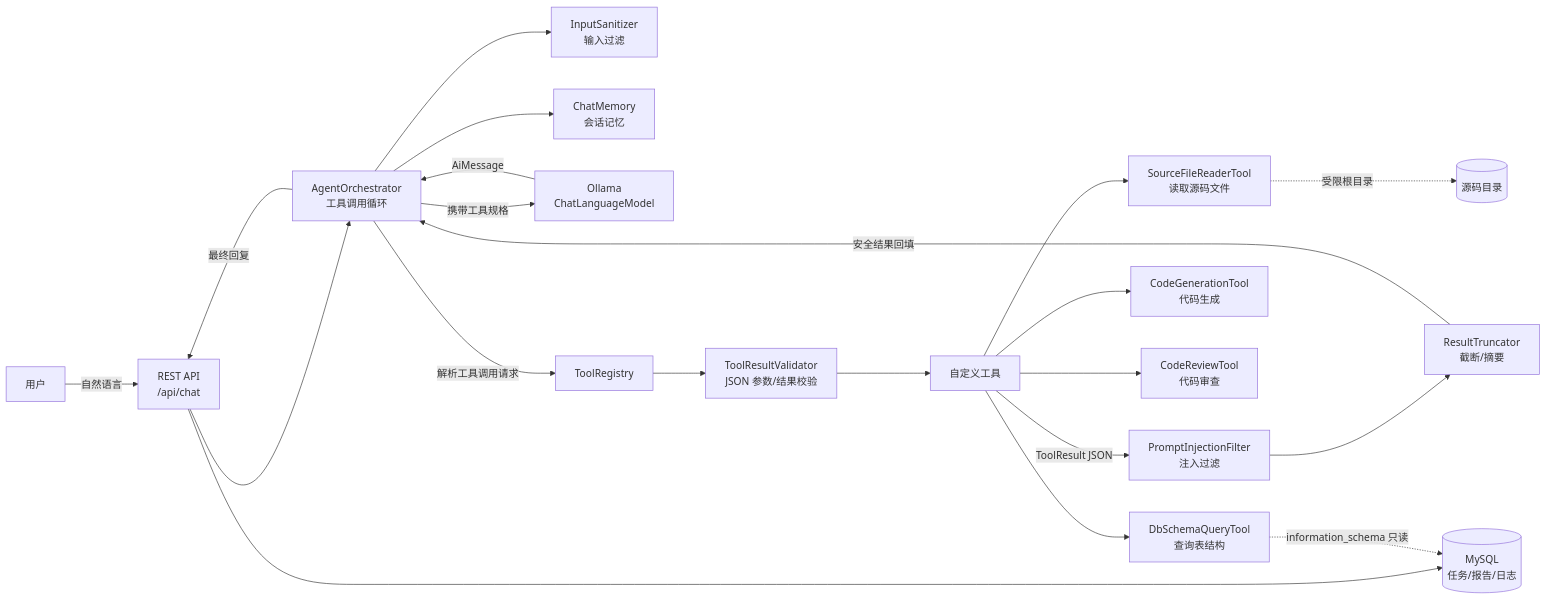
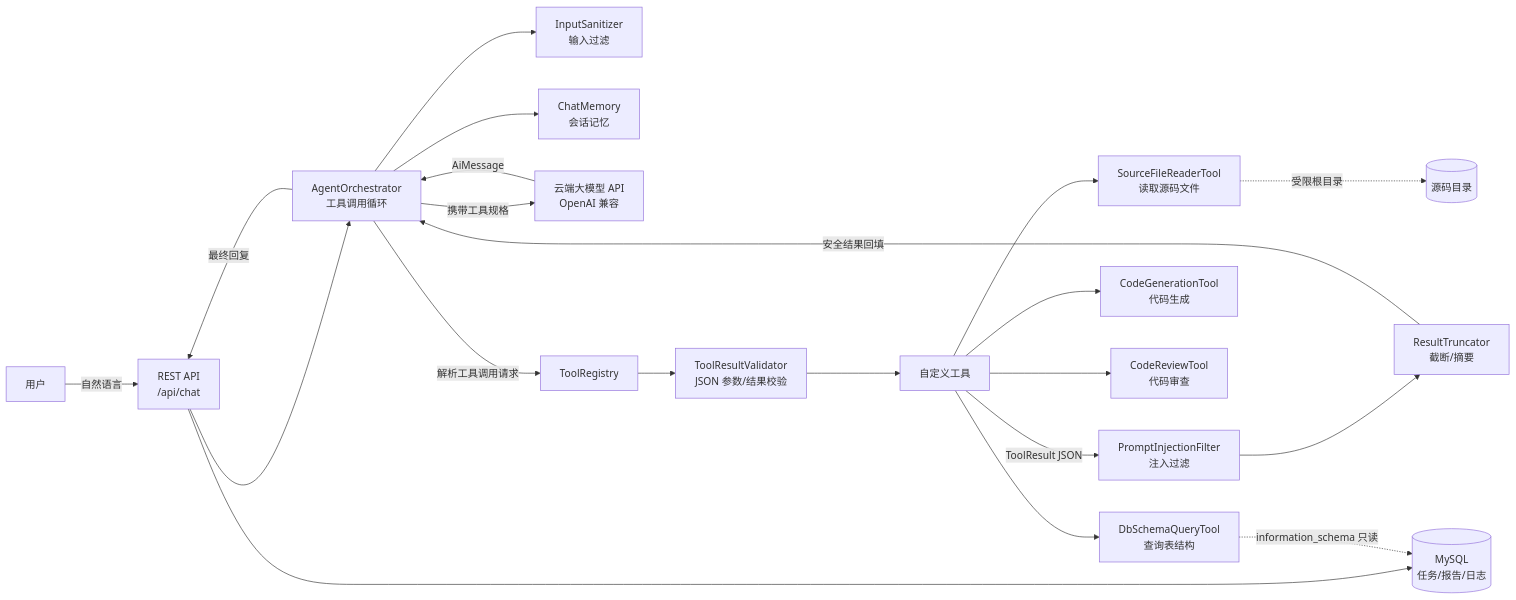
The diagram in README.md (Woyuda2023/RAG-ai), drawn with Mermaid before and after one commit. The commit also changed other lines of this file and 6 other files, not shown here.

First line of the commit message:
refactor: 由本地 Ollama 切换为云端大模型 API（OpenAI 兼容）

````diff
--- a/README.md
+++ b/README.md
@@ -20,23 +23,23 @@
 ```mermaid
 flowchart LR
     U[用户] -->|自然语言| API[REST API<br/>/api/chat]
     API --> ORC[AgentOrchestrator<br/>工具调用循环]
     ORC --> SAN[InputSanitizer<br/>输入过滤]
     ORC --> MEM[ChatMemory<br/>会话记忆]
-    ORC -->|携带工具规格| LLM[Ollama<br/>ChatLanguageModel]
+    ORC -->|携带工具规格| LLM[云端大模型 API<br/>OpenAI 兼容]
     LLM -->|AiMessage| ORC
     ORC -->|解析工具调用请求| REG[ToolRegistry]
     REG --> VAL[ToolResultValidator<br/>JSON 参数/结果校验]
     VAL --> TOOL[自定义工具]
     TOOL --> SRC[SourceFileReaderTool<br/>读取源码文件]
     TOOL --> DB[DbSchemaQueryTool<br/>查询表结构]
     TOOL --> GEN[CodeGenerationTool<br/>代码生成]
     TOOL --> REV[CodeReviewTool<br/>代码审查]
     TOOL -->|ToolResult JSON| FILT[PromptInjectionFilter<br/>注入过滤]
     FILT --> TRUNC[ResultTruncator<br/>截断/摘要]
     TRUNC -->|安全结果回填| ORC
     ORC -->|最终回复| API
     API --> MYSQL[(MySQL<br/>任务/报告/日志)]
     SRC -.->|受限根目录| FS[(源码目录)]
     DB -.->|information_schema 只读| MYSQL
 ```
````
